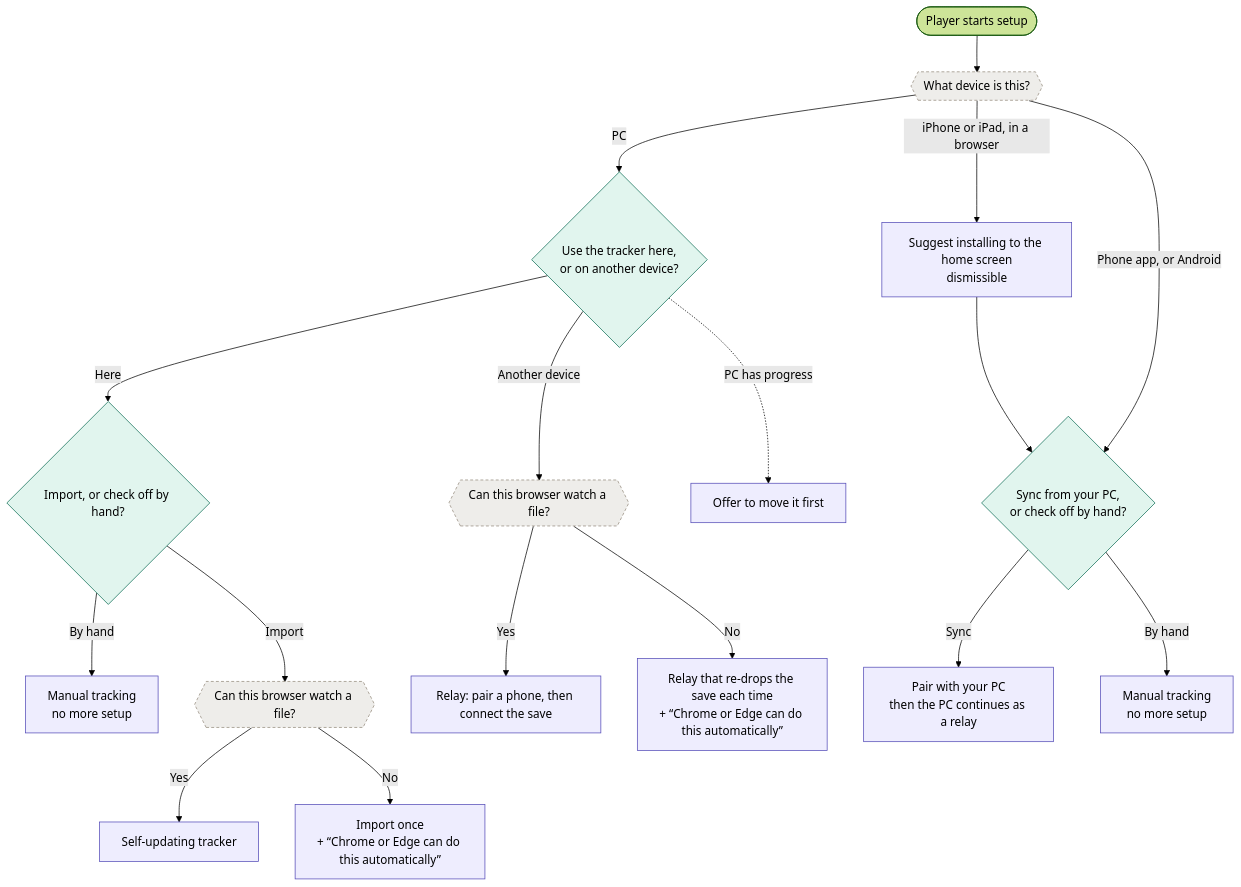
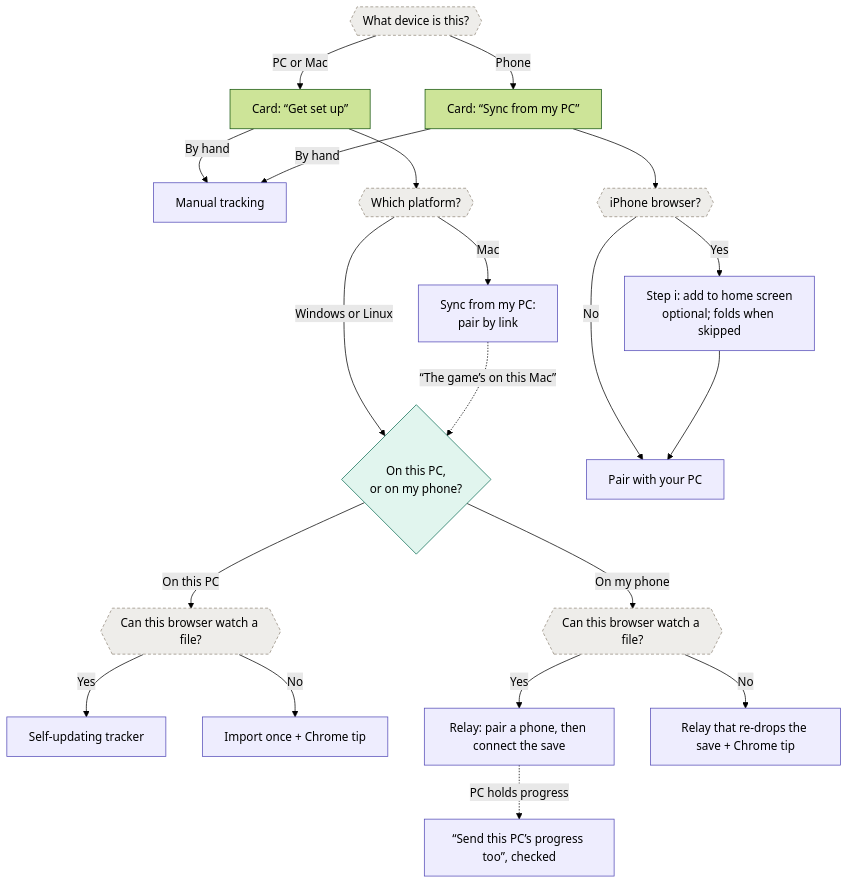
Before and after one commit to mrh-is/mistria-fyi: the diagram in docs/sync-setup.md, drawn with Mermaid (forest theme). The commit also changed other lines of this file and 2 other files, not shown here.

First line of the commit message:
Design the sync setup screens & copy

````diff
--- a/docs/sync-setup.md
+++ b/docs/sync-setup.md
@@ -54,26 +73,31 @@
 ```mermaid
 flowchart TD
     classDef detected fill:#eeedea,stroke:#948a7c,stroke-dasharray:4 3
     classDef asked fill:#e1f5ee,stroke:#0f6e56
     classDef outcome fill:#eeedfe,stroke:#534ab7
 
-    START([Player starts setup]) --> DEVICE{{What device is this?}}:::detected
-    DEVICE -->|PC| WHERE{Use the tracker here,<br/>or on another device?}:::asked
-    DEVICE -->|iPhone or iPad, in a browser| NUDGE[Suggest installing to the home screen<br/>dismissible]:::outcome
-    DEVICE -->|Phone app, or Android| PHONE{Sync from your PC,<br/>or check off by hand?}:::asked
-    NUDGE --> PHONE
+    DEVICE{{What device is this?}}:::detected
+    DEVICE -->|PC or Mac| CARD1[Card: “Get set up”]
+    DEVICE -->|Phone| CARD2[Card: “Sync from my PC”]
+    CARD1 -->|By hand| MANUAL[Manual tracking]:::outcome
+    CARD2 -->|By hand| MANUAL
 
-    WHERE -->|Here| HOW{Import, or check off by hand?}:::asked
-    HOW -->|By hand| MANUAL[Manual tracking<br/>no more setup]:::outcome
-    HOW -->|Import| WATCH1{{Can this browser watch a file?}}:::detected
+    CARD1 --> PLATFORM{{Which platform?}}:::detected
+    PLATFORM -->|Windows or Linux| WHERE{On this PC,<br/>or on my phone?}:::asked
+    PLATFORM -->|Mac| MACPAIR[Sync from my PC:<br/>pair by link]:::outcome
+    MACPAIR -.->|“The game’s on this Mac”| WHERE
+
+    WHERE -->|On this PC| WATCH1{{Can this browser watch a file?}}:::detected
     WATCH1 -->|Yes| SELF[Self-updating tracker]:::outcome
-    WATCH1 -->|No| ONCE[Import once<br/>+ “Chrome or Edge can do this automatically”]:::outcome
+    WATCH1 -->|No| ONCE[Import once + Chrome tip]:::outcome
 
-    WHERE -->|Another device| WATCH2{{Can this browser watch a file?}}:::detected
+    WHERE -->|On my phone| WATCH2{{Can this browser watch a file?}}:::detected
     WATCH2 -->|Yes| RELAY[Relay: pair a phone, then connect the save]:::outcome
-    WATCH2 -->|No| REDROP[Relay that re-drops the save each time<br/>+ “Chrome or Edge can do this automatically”]:::outcome
+    WATCH2 -->|No| REDROP[Relay that re-drops the save + Chrome tip]:::outcome
+    RELAY -.->|PC holds progress| CARRY[“Send this PC’s progress too”, checked]:::outcome
 
-    PHONE -->|Sync| PAIR[Pair with your PC<br/>then the PC continues as a relay]:::outcome
-    WHERE -.->|PC has progress| MOVE[Offer to move it first]:::outcome
-    PHONE -->|By hand| MANUAL2[Manual tracking<br/>no more setup]:::outcome
+    CARD2 --> IOS{{iPhone browser?}}:::detected
+    IOS -->|Yes| INSTALL[Step i: add to home screen<br/>optional; folds when skipped]:::outcome
+    IOS -->|No| PAIR[Pair with your PC]:::outcome
+    INSTALL --> PAIR
 ```
````
